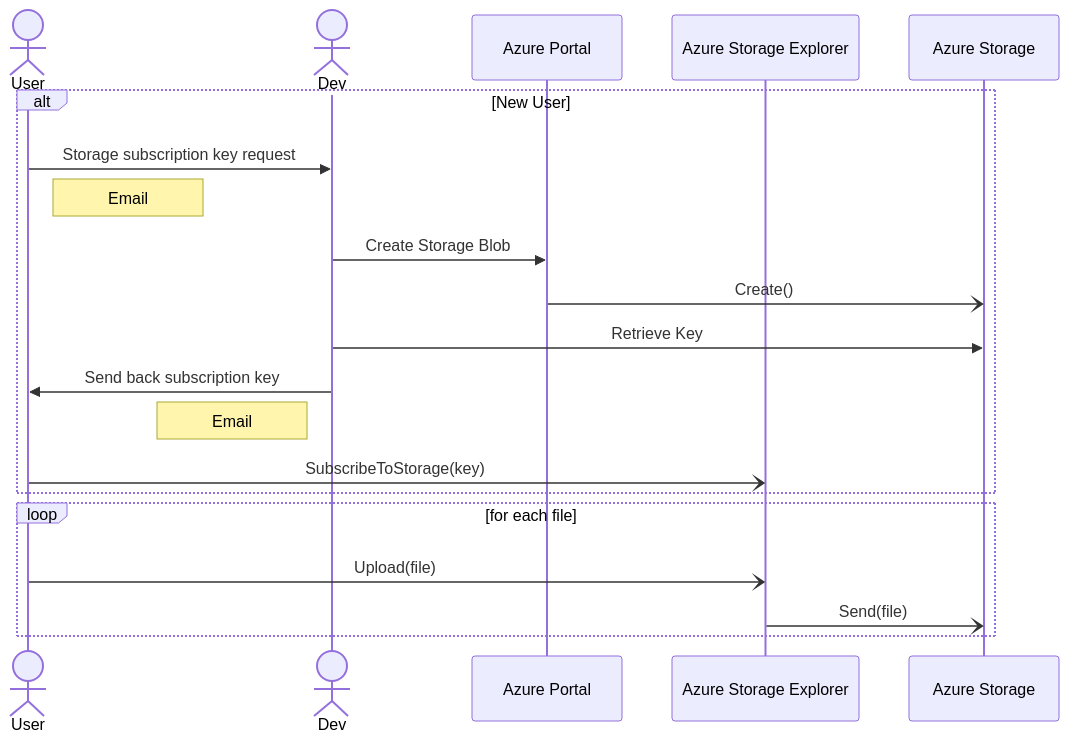
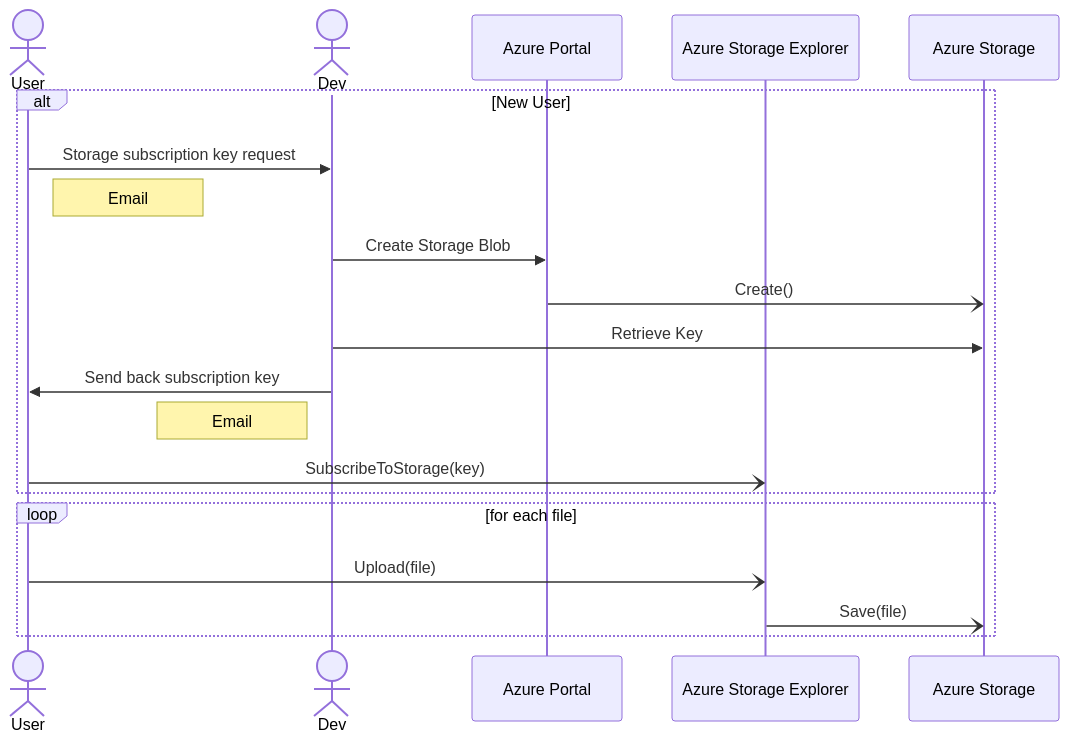
Before and after one commit to ai-cfia/ailab-datastore: the first of 2 diagrams in metadata-importation-doc.md, drawn with Mermaid. The commit also changed other lines of this file, not shown here.

Commit message:
Fixes #2: Adding Processing graph + Observation

````diff
--- a/metadata-importation-doc.md
+++ b/metadata-importation-doc.md
@@ -1,24 +3,24 @@
 ``` mermaid  
-        sequenceDiagram
-            
-            actor User
-            actor Dev
-            participant Azure Portal
-            participant Azure Storage Explorer
-            participant Azure Storage
-            alt New User
-                User->>Dev: Storage subscription key request 
-                Note right of User: Email
-                Dev->>Azure Portal: Create Storage Blob
-                Azure Portal-)Azure Storage: Create()
-                Dev->>Azure Storage: Retrieve Key
-                Dev->>User: Send back subscription key
-                Note left of Dev: Email
-                User-)Azure Storage Explorer: SubscribeToStorage(key)
-            end
-            loop for each file
-                User-)Azure Storage Explorer: Upload(file)
-                Azure Storage Explorer-) Azure Storage: Send(file)
-            end
-            
+            sequenceDiagram
+                
+                actor User
+                actor Dev
+                participant Azure Portal
+                participant Azure Storage Explorer
+                participant Azure Storage
+                alt New User
+                    User->>Dev: Storage subscription key request 
+                    Note right of User: Email
+                    Dev->>Azure Portal: Create Storage Blob
+                    Azure Portal-)Azure Storage: Create()
+                    Dev->>Azure Storage: Retrieve Key
+                    Dev->>User: Send back subscription key
+                    Note left of Dev: Email
+                    User-)Azure Storage Explorer: SubscribeToStorage(key)
+                end
+                loop for each file
+                    User-)Azure Storage Explorer: Upload(file)
+                    Azure Storage Explorer-) Azure Storage: Save(file)
+                end
+                
 ``` 
````
